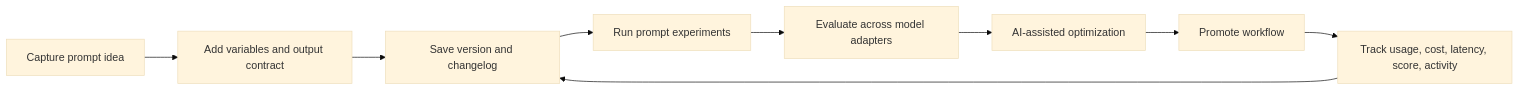
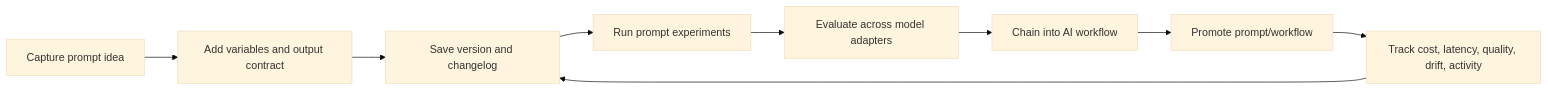
Before and after one commit to obone410/AI-Prompt-Management-Platform: the first of 2 diagrams in README.md, drawn with Mermaid (base theme). The commit also changed other lines of this file and 19 other files, not shown here.

Commit message:
Upgrade PromptDeck AI to workflow OS v2

````diff
--- a/README.md
+++ b/README.md
@@ -64,11 +78,11 @@
 ```mermaid
 flowchart LR
   Capture["Capture prompt idea"] --> Structure["Add variables and output contract"]
   Structure --> Version["Save version and changelog"]
   Version --> Experiment["Run prompt experiments"]
   Experiment --> Evaluate["Evaluate across model adapters"]
-  Evaluate --> Optimize["AI-assisted optimization"]
-  Optimize --> Deploy["Promote workflow"]
-  Deploy --> Observe["Track usage, cost, latency, score, activity"]
+  Evaluate --> Workflow["Chain into AI workflow"]
+  Workflow --> Deploy["Promote prompt/workflow"]
+  Deploy --> Observe["Track cost, latency, quality, drift, activity"]
   Observe --> Version
 ```
````
